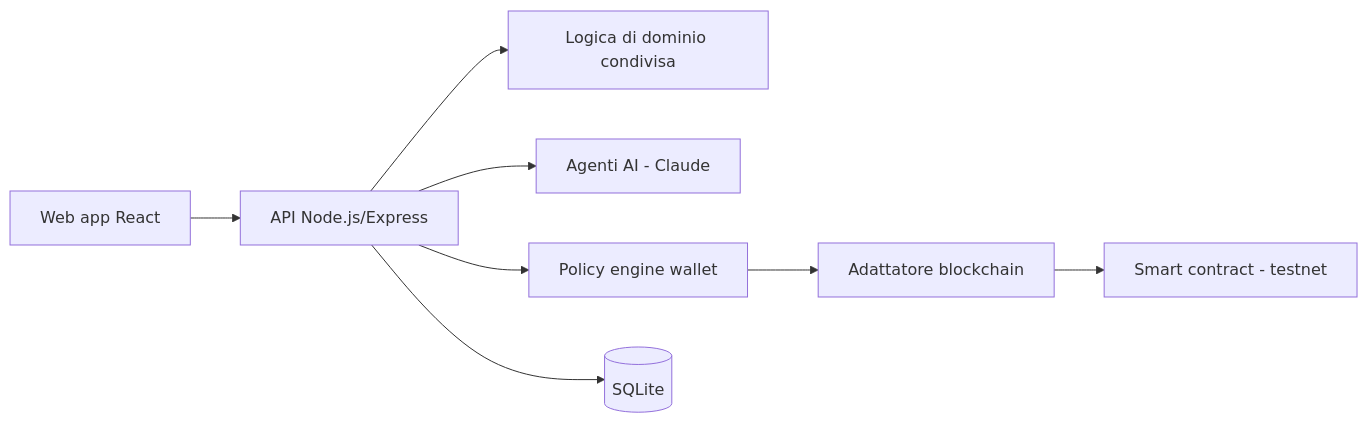
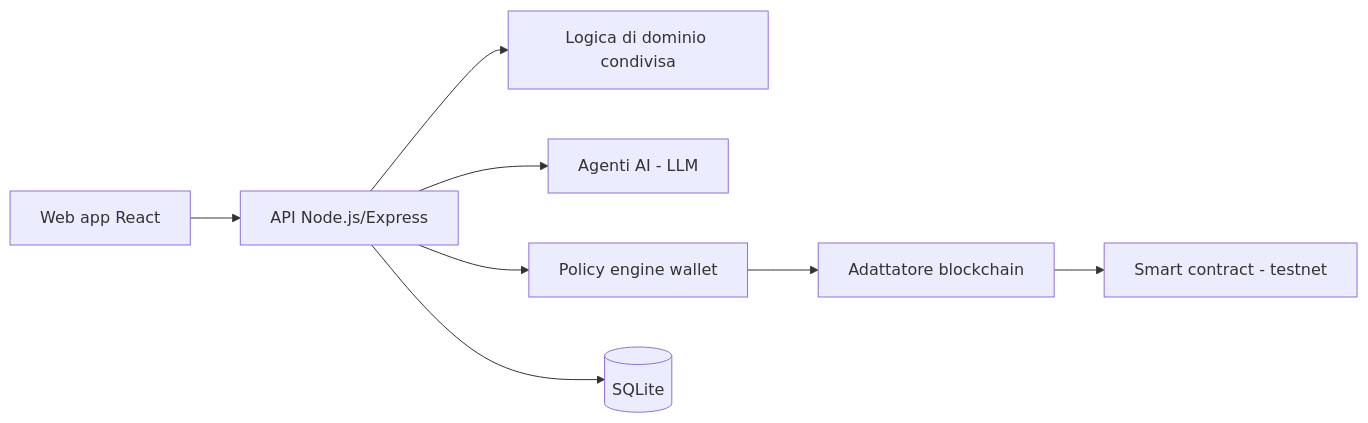
One commit to gahash/agente-lavoro changed the diagram in vetrine/energytoken-showcase/README.md. Above: the diagram before and after it, drawn with Mermaid. The commit also changed other lines of this file and 5 other files, not shown here.

````diff
--- a/vetrine/energytoken-showcase/README.md
+++ b/vetrine/energytoken-showcase/README.md
@@ -24,10 +24,10 @@
 ```mermaid
 flowchart LR
     UI[Web app React] --> API[API Node.js/Express]
     API --> CORE[Logica di dominio condivisa]
-    API --> AG[Agenti AI - Claude]
+    API --> AG[Agenti AI - LLM]
     API --> POL[Policy engine wallet]
     POL --> BC[Adattatore blockchain]
     BC --> SC[Smart contract - testnet]
     API --> DB[(SQLite)]
 ```
````
